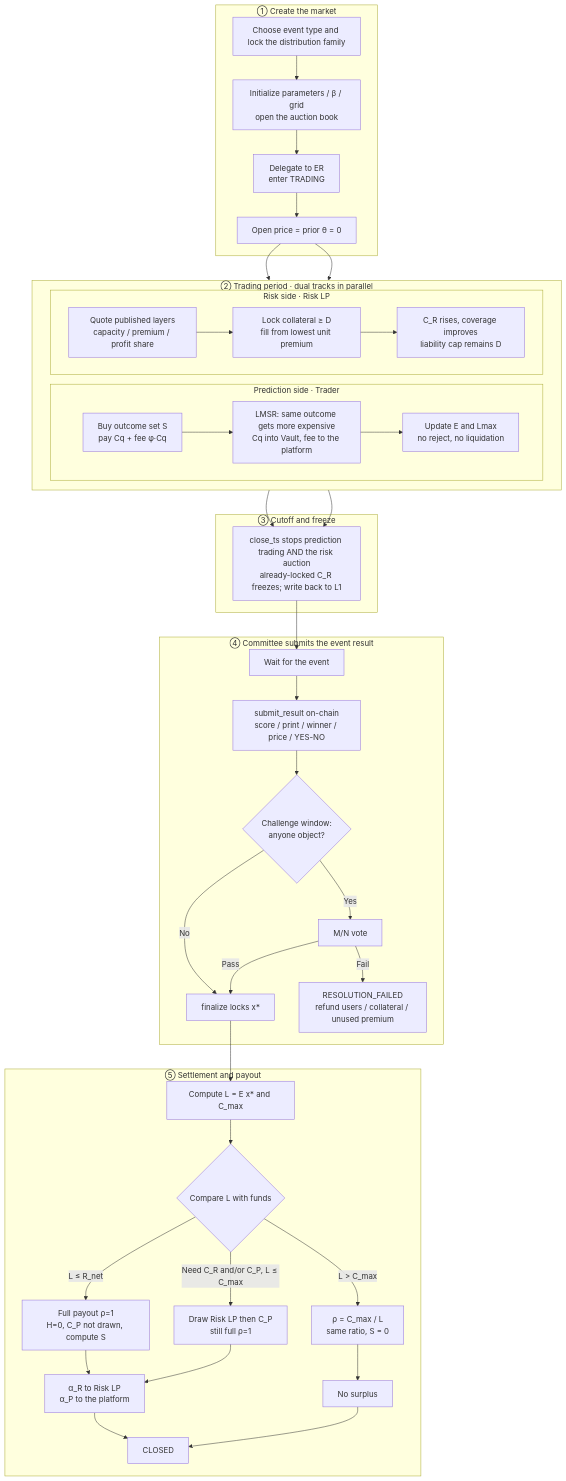
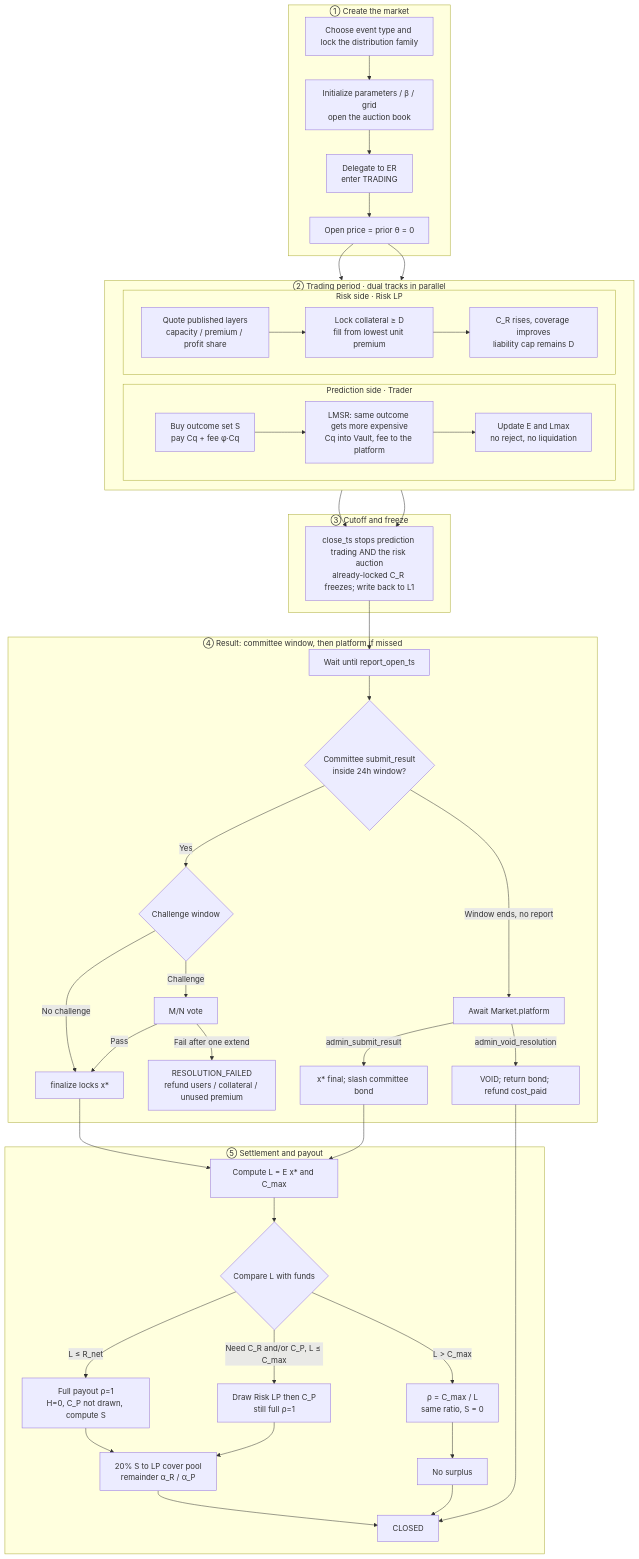
Before and after one commit to bamaao/continuous-pdf-prediction-market: the diagram in docs/product-specification.md, drawn with Mermaid. The commit also changed other lines of this file and 78 other files, not shown here.

````diff
--- a/docs/product-specification.md
+++ b/docs/product-specification.md
@@ -289,55 +433,60 @@
 ```mermaid
 flowchart TB
   subgraph P1["① Create the market"]
     A1[Choose event type and lock the distribution family] --> A2[Initialize parameters / β / grid<br/>open the auction book]
     A2 --> A3[Delegate to ER<br/>enter TRADING]
     A3 --> A4[Open price = prior θ = 0]
   end
 
   subgraph P2["② Trading period · dual tracks in parallel"]
     direction LR
     subgraph T["Prediction side · Trader"]
       T1[Buy outcome set S<br/>pay Cq + fee φ·Cq] --> T2[LMSR: same outcome gets more expensive<br/>Cq into Vault, fee to the platform]
       T2 --> T3[Update E and Lmax<br/>no reject, no liquidation]
     end
     subgraph R["Risk side · Risk LP"]
       R1[Quote published layers<br/>capacity / premium / profit share] --> R2[Lock collateral ≥ D<br/>fill from lowest unit premium]
       R2 --> R3[C_R rises, coverage improves<br/>liability cap remains D]
     end
   end
 
   A4 --> T1
   A4 --> R1
 
   subgraph P3["③ Cutoff and freeze"]
     C1[close_ts stops prediction trading AND the risk auction<br/>already-locked C_R freezes; write back to L1]
   end
 
   T3 --> C1
   R3 --> C1
 
-  subgraph P4["④ Committee submits the event result"]
-    D1[Wait for the event] --> D2[submit_result on-chain<br/>score / print / winner / price / YES-NO]
-    D2 --> D3{Challenge window:<br/>anyone object?}
-    D3 -->|No| D4[finalize locks x*]
-    D3 -->|Yes| D5[M/N vote]
+  subgraph P4["④ Result: committee window, then platform if missed"]
+    D1[Wait until report_open_ts] --> D2{Committee submit_result<br/>inside 24h window?}
+    D2 -->|Yes| D3{Challenge window}
+    D3 -->|No challenge| D4[finalize locks x*]
+    D3 -->|Challenge| D5[M/N vote]
     D5 -->|Pass| D4
-    D5 -->|Fail| D6[RESOLUTION_FAILED<br/>refund users / collateral / unused premium]
+    D5 -->|Fail after one extend| D6[RESOLUTION_FAILED<br/>refund users / collateral / unused premium]
+    D2 -->|Window ends, no report| D7[Await Market.platform]
+    D7 -->|admin_submit_result| D8[x* final; slash committee bond]
+    D7 -->|admin_void_resolution| D9[VOID; return bond; refund cost_paid]
   end
 
   C1 --> D1
 
   subgraph P5["⑤ Settlement and payout"]
     E1[Compute L = E x* and C_max] --> E2{Compare L with funds}
     E2 -->|L ≤ R_net| E3[Full payout ρ=1<br/>H=0, C_P not drawn, compute S]
     E2 -->|Need C_R and/or C_P, L ≤ C_max| E4[Draw Risk LP then C_P<br/>still full ρ=1]
     E2 -->|L > C_max| E5[ρ = C_max / L<br/>same ratio, S = 0]
-    E3 --> E6[α_R to Risk LP<br/>α_P to the platform]
+    E3 --> E6[20% S to LP cover pool<br/>remainder α_R / α_P]
     E4 --> E6
     E5 --> E7[No surplus]
     E6 --> E8[CLOSED]
     E7 --> E8
   end
 
   D4 --> E1
+  D8 --> E1
+  D9 --> E8
 ```
````
